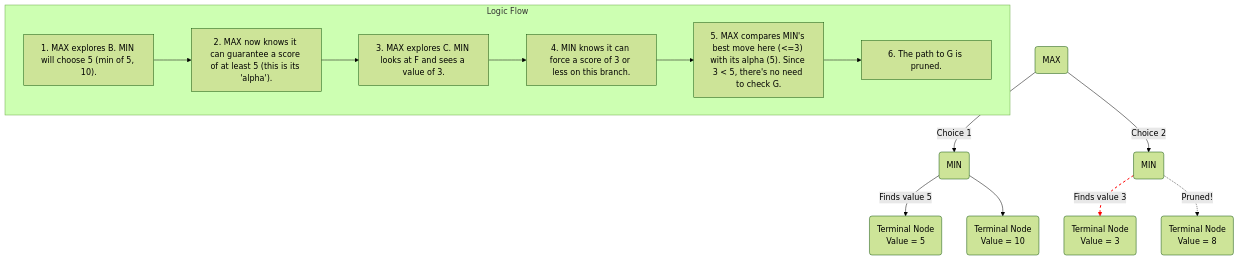
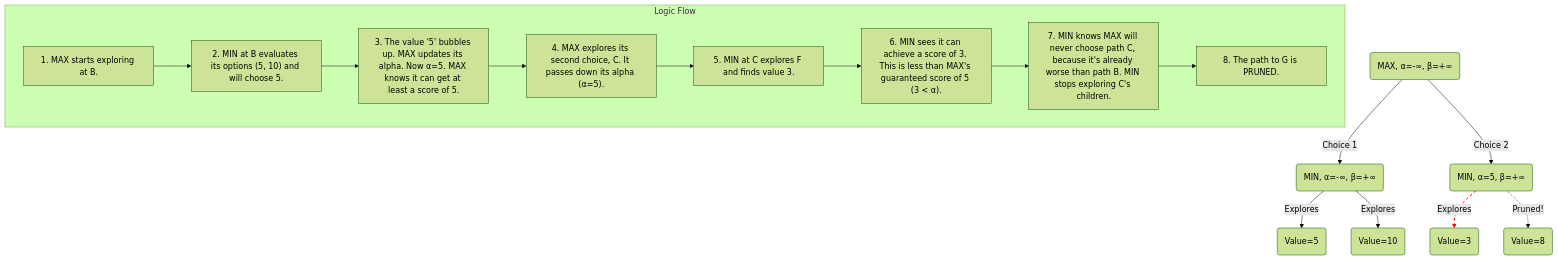
The third of 3 diagrams in _posts/2025-08-08-ai-search-algorithms-a-z.md (eltay89/eltay89.github.io), drawn with Mermaid (forest theme) before and after one commit. The commit also changed other lines of this file, not shown here.

````diff
--- a/_posts/2025-08-08-ai-search-algorithms-a-z.md
+++ b/_posts/2025-08-08-ai-search-algorithms-a-z.md
@@ -295,24 +264,26 @@
 ```mermaid
 graph TD
-    A(MAX);
-    A -- "Choice 1" --> B(MIN);
-    A -- "Choice 2" --> C(MIN);
+    A(MAX, α=-∞, β=+∞);
+    A -- Choice 1 --> B(MIN, α=-∞, β=+∞);
+    A -- Choice 2 --> C(MIN, α=5, β=+∞);
     
-    B -- "Finds value 5" --> D(Terminal Node<br>Value = 5);
-    B -- " " --> E(Terminal Node<br>Value = 10);
+    B -- Explores --> D(Value=5);
+    B -- Explores --> E(Value=10);
     
-    C -- "Finds value 3" --> F(Terminal Node<br>Value = 3);
-    C -. "Pruned!" .-> G(Terminal Node<br>Value = 8);
+    C -- Explores --> F(Value=3);
+    C -. Pruned! .-> G(Value=8);
 
     subgraph "Logic Flow"
       direction LR
-      L1["1. MAX explores B. MIN will choose 5 (min of 5, 10)."] -->
-      L2["2. MAX now knows it can guarantee a score of at least 5 (this is its 'alpha')."] -->
-      L3["3. MAX explores C. MIN looks at F and sees a value of 3."] -->
-      L4["4. MIN knows it can force a score of 3 or less on this branch."] -->
-      L5["5. MAX compares MIN's best move here (<=3) with its alpha (5). Since 3 < 5, there's no need to check G."] -->
-      L6["6. The path to G is pruned."]
+      S1["1. MAX starts exploring at B."] -->
+      S2["2. MIN at B evaluates its options (5, 10) and will choose 5."] -->
+      S3["3. The value '5' bubbles up. MAX updates its alpha. Now α=5. MAX knows it can get at least a score of 5."] -->
+      S4["4. MAX explores its second choice, C. It passes down its alpha (α=5)."] -->
+      S5["5. MIN at C explores F and finds value 3."] -->
+      S6["6. MIN sees it can achieve a score of 3. This is less than MAX's guaranteed score of 5 (3 < α)."] -->
+      S7["7. MIN knows MAX will never choose path C, because it's already worse than path B. MIN stops exploring C's children."] -->
+      S8["8. The path to G is PRUNED."]
     end
 
     linkStyle 4 stroke-width:2px,stroke-dasharray: 5 5,stroke:red
 ```
````
